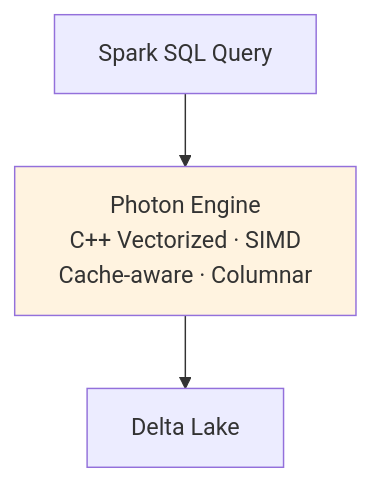
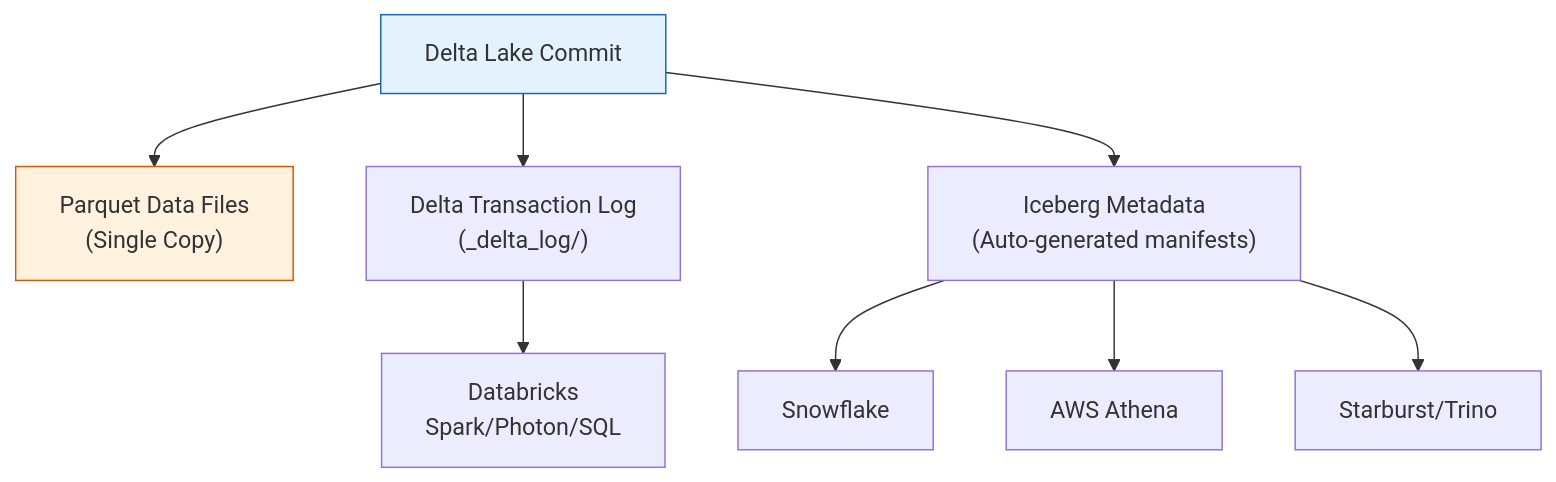
One commit to quocvinhx2101-ctrl/DE changed the sixth of 23 diagrams in platforms/01_Databricks.md. Above: the diagram before and after it, drawn with Mermaid. The commit also changed other lines of this file and 17 other files, not shown here.

````diff
--- a/platforms/01_Databricks.md
+++ b/platforms/01_Databricks.md
@@ -113,7 +377,14 @@
 ```mermaid
-graph TD
-    Query["Spark SQL Query"] --> Photon["Photon Engine<br/>C++ Vectorized · SIMD<br/>Cache-aware · Columnar"]
-    Photon --> Delta["Delta Lake"]
+graph TB
+    DeltaCommit["Delta Lake Commit"] --> ParquetFiles["Parquet Data Files<br/>(Single Copy)"]
+    DeltaCommit --> DeltaLog["Delta Transaction Log<br/>(_delta_log/)"]
+    DeltaCommit --> IcebergMeta["Iceberg Metadata<br/>(Auto-generated manifests)"]
     
-    style Photon fill:#fff3e0
+    DeltaLog --> Databricks["Databricks<br/>Spark/Photon/SQL"]
+    IcebergMeta --> Snowflake["Snowflake"]
+    IcebergMeta --> Athena["AWS Athena"]
+    IcebergMeta --> Trino["Starburst/Trino"]
+    
+    style DeltaCommit fill:#e3f2fd,stroke:#1565c0
+    style ParquetFiles fill:#fff3e0,stroke:#e65100
 ```
````
